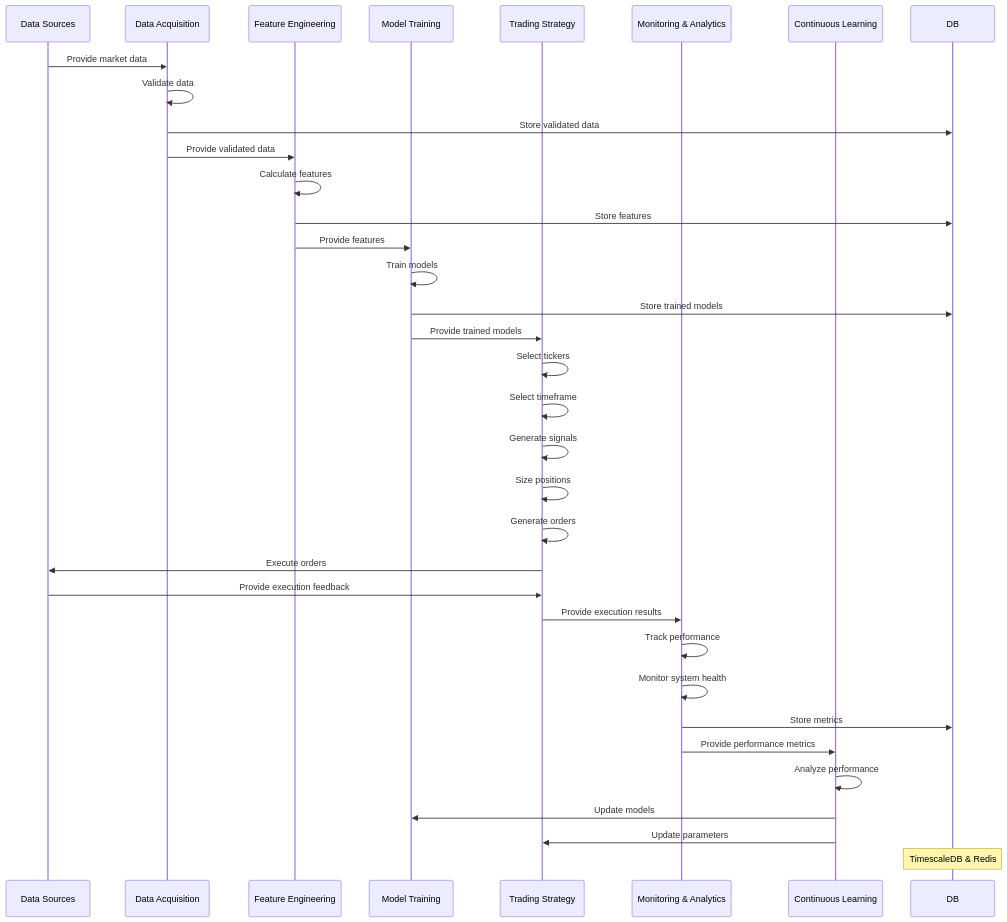
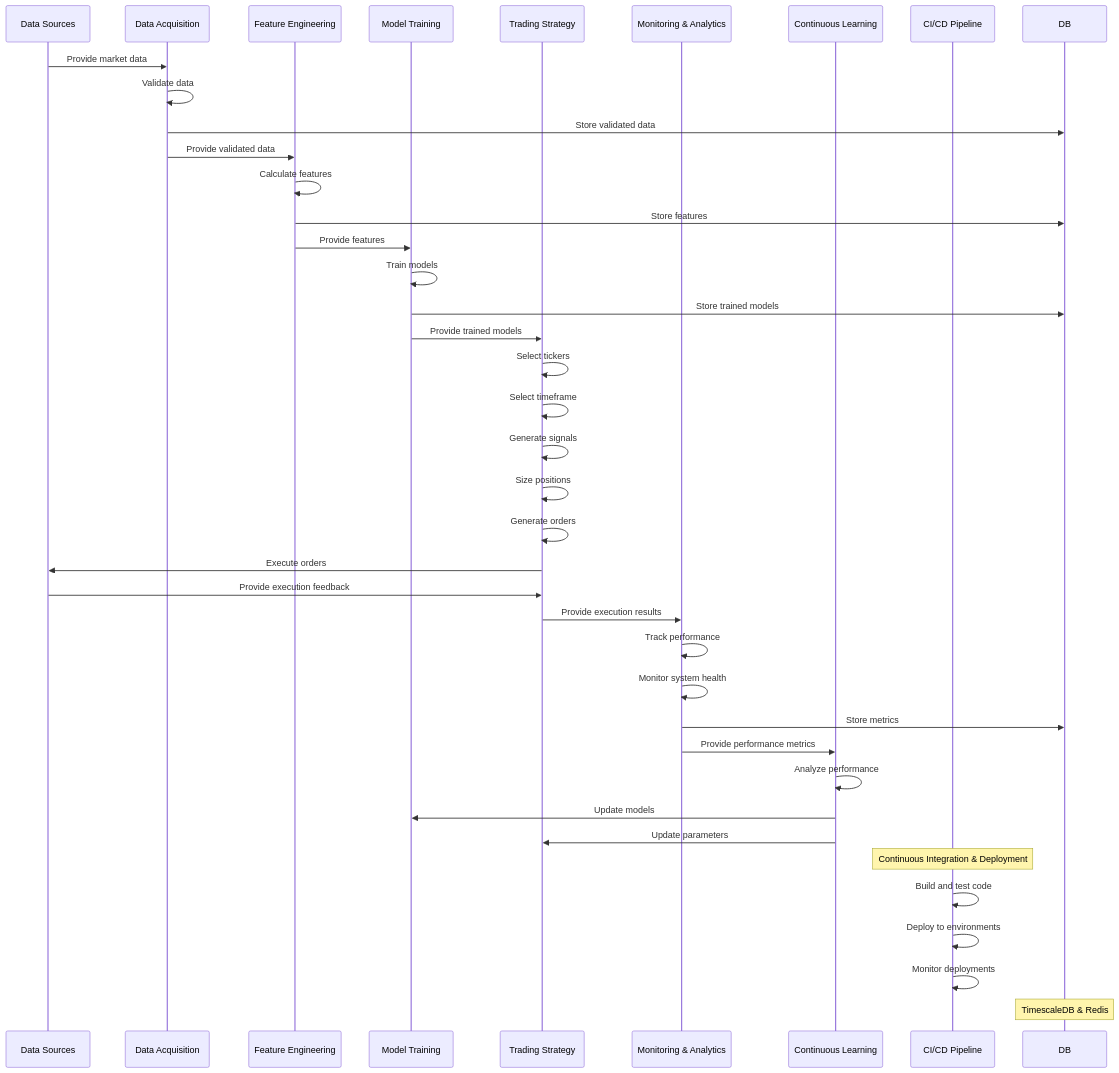
Diagram 16 of 18 in docs/03_autonomous_trading_system_workflow.md (Slusheeking/INAVVI_0.0.1), drawn with Mermaid before and after one commit. The commit also changed other lines of this file and 23 other files, not shown here.

````diff
--- a/docs/03_autonomous_trading_system_workflow.md
+++ b/docs/03_autonomous_trading_system_workflow.md
@@ -627,50 +710,57 @@
 ```mermaid
 sequenceDiagram
     participant DS as Data Sources
     participant DA as Data Acquisition
     participant FE as Feature Engineering
     participant MT as Model Training
     participant TS as Trading Strategy
     participant MA as Monitoring & Analytics
     participant CL as Continuous Learning
+    participant CD as CI/CD Pipeline
     
     %% Data Acquisition Phase
     DS->>DA: Provide market data
     DA->>DA: Validate data
     DA->>DB: Store validated data
     
     %% Feature Engineering Phase
     DA->>FE: Provide validated data
     FE->>FE: Calculate features
     FE->>DB: Store features
     
     %% Model Training Phase
     FE->>MT: Provide features
     MT->>MT: Train models
     MT->>DB: Store trained models
     
     %% Trading Strategy Phase
     MT->>TS: Provide trained models
     TS->>TS: Select tickers
     TS->>TS: Select timeframe
     TS->>TS: Generate signals
     TS->>TS: Size positions
     TS->>TS: Generate orders
     TS->>DS: Execute orders
     DS->>TS: Provide execution feedback
     
     %% Monitoring & Analytics Phase
     TS->>MA: Provide execution results
     MA->>MA: Track performance
     MA->>MA: Monitor system health
     MA->>DB: Store metrics
     
     %% Continuous Learning Phase
     MA->>CL: Provide performance metrics
     CL->>CL: Analyze performance
     CL->>MT: Update models
     CL->>TS: Update parameters
+
+    %% CI/CD Phase
+    Note over CD: Continuous Integration & Deployment
+    CD->>CD: Build and test code
+    CD->>CD: Deploy to environments
+    CD->>CD: Monitor deployments
     
     %% Database Interactions
     Note over DB: TimescaleDB & Redis
 ```
````
